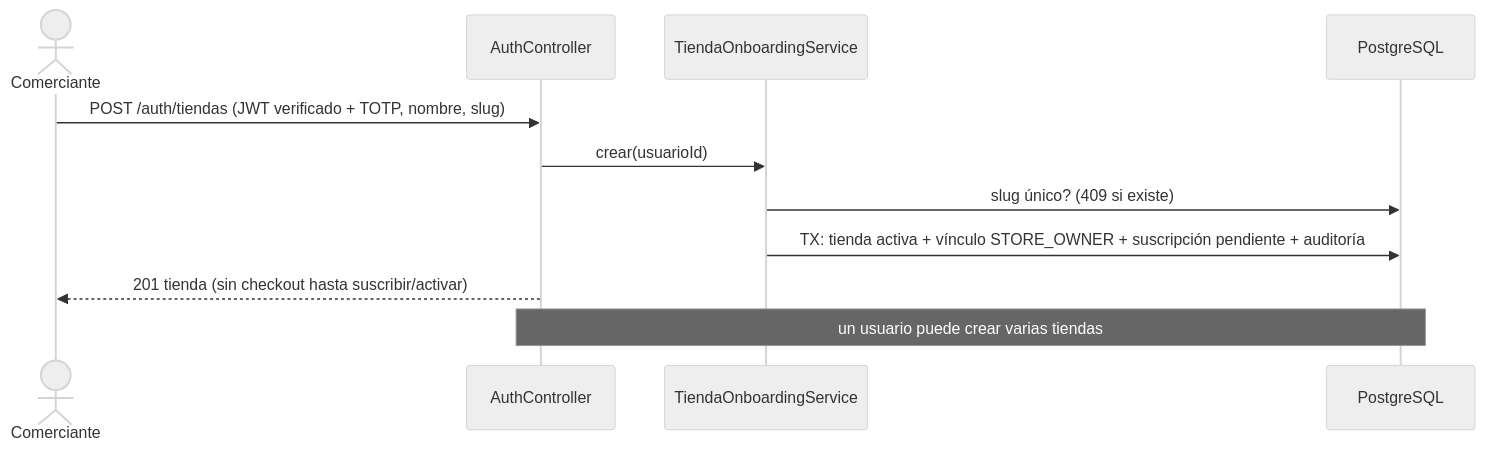
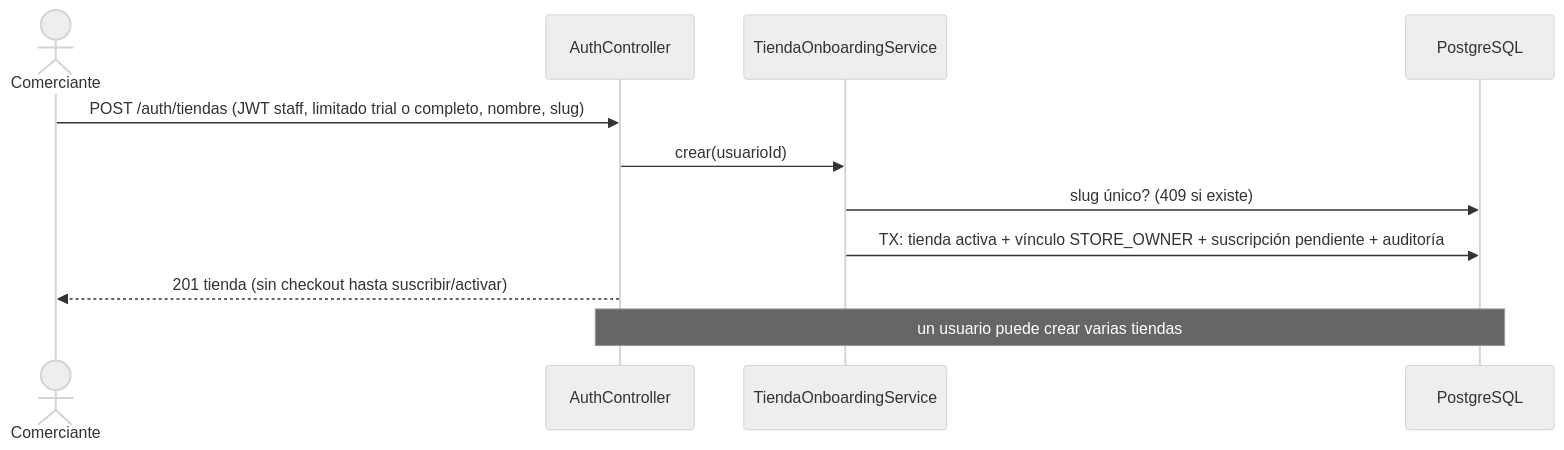
The fifth of 6 diagrams in diagramas/04-secuencia-auth.md (LeandroPacsiM/shopify-backend), drawn with Mermaid (neutral theme) before and after one commit. The commit also changed other lines of this file and 11 other files, not shown here.

````diff
--- a/diagramas/04-secuencia-auth.md
+++ b/diagramas/04-secuencia-auth.md
@@ -86,14 +94,14 @@
 ```mermaid
 sequenceDiagram
     actor M as Comerciante
     participant C as AuthController
     participant S as TiendaOnboardingService
     participant D as PostgreSQL
 
-    M->>C: POST /auth/tiendas (JWT verificado + TOTP, nombre, slug)
+    M->>C: POST /auth/tiendas (JWT staff, limitado trial o completo, nombre, slug)
     C->>S: crear(usuarioId)
     S->>D: slug único? (409 si existe)
     S->>D: TX: tienda activa + vínculo STORE_OWNER + suscripción pendiente + auditoría
     C-->>M: 201 tienda (sin checkout hasta suscribir/activar)
     Note over C,D: un usuario puede crear varias tiendas
 ```
````
